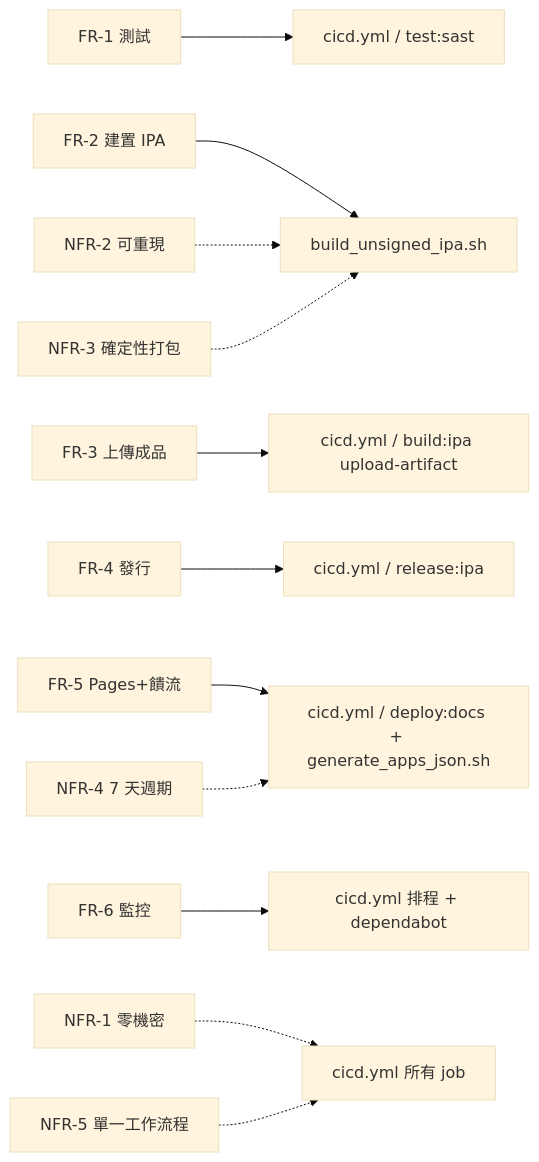
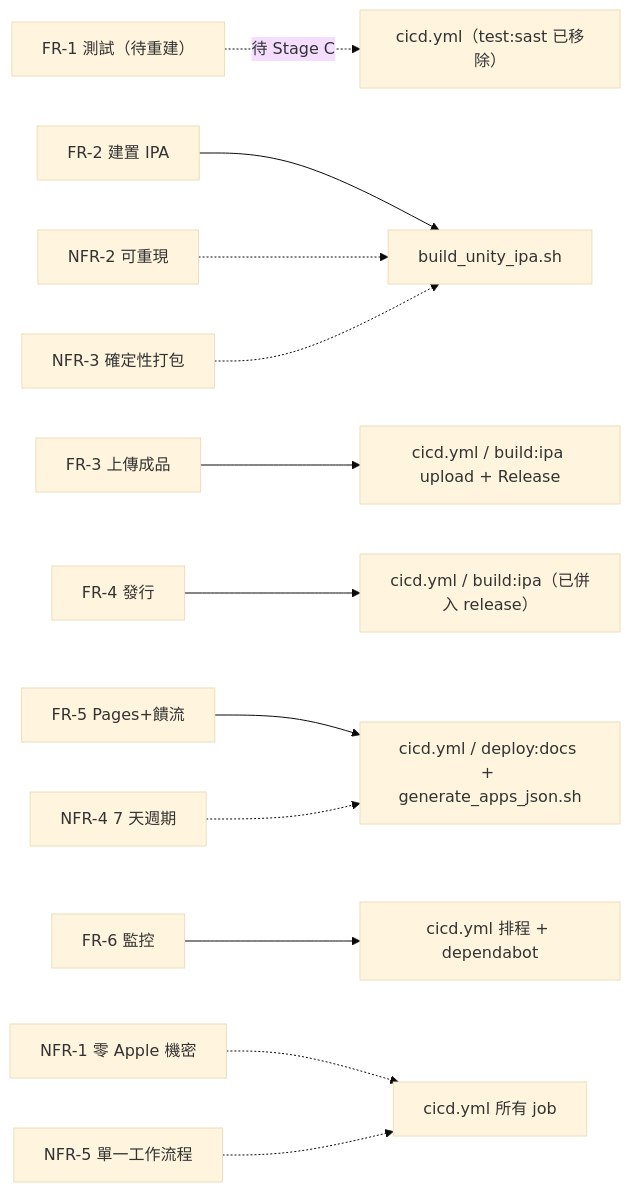
One commit to Mcc-Mak/ios-app changed the diagram in docbase/srs.md. Above: the diagram before and after it, drawn with Mermaid (base theme). The commit also changed other lines of this file and 37 other files, not shown here.

````diff
--- a/docbase/srs.md
+++ b/docbase/srs.md
@@ -5,14 +5,14 @@
 ```mermaid
 flowchart LR
-  FR1["FR-1 測試"] --> CI["cicd.yml / test:sast"]
-  FR2["FR-2 建置 IPA"] --> BUILD["build_unsigned_ipa.sh"]
-  FR3["FR-3 上傳成品"] --> UP["cicd.yml / build:ipa upload-artifact"]
-  FR4["FR-4 發行"] --> REL["cicd.yml / release:ipa"]
+  FR1["FR-1 測試（待重建）"] -.待 Stage C.-> CI["cicd.yml（test:sast 已移除）"]
+  FR2["FR-2 建置 IPA"] --> BUILD["build_unity_ipa.sh"]
+  FR3["FR-3 上傳成品"] --> UP["cicd.yml / build:ipa upload + Release"]
+  FR4["FR-4 發行"] --> REL["cicd.yml / build:ipa（已併入 release）"]
   FR5["FR-5 Pages+饋流"] --> PAGES["cicd.yml / deploy:docs + generate_apps_json.sh"]
   FR6["FR-6 監控"] --> MON["cicd.yml 排程 + dependabot"]
-  NFR1["NFR-1 零機密"] -.-> ALL["cicd.yml 所有 job"]
+  NFR1["NFR-1 零 Apple 機密"] -.-> ALL["cicd.yml 所有 job"]
   NFR2["NFR-2 可重現"] -.-> BUILD
   NFR3["NFR-3 確定性打包"] -.-> BUILD
   NFR4["NFR-4 7 天週期"] -.-> PAGES
   NFR5["NFR-5 單一工作流程"] -.-> ALL
 ```
````
